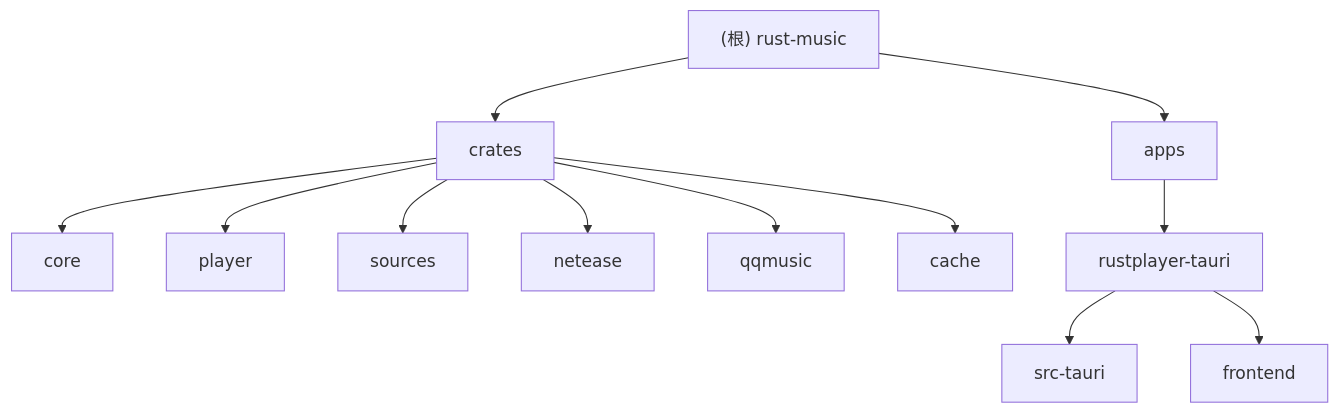
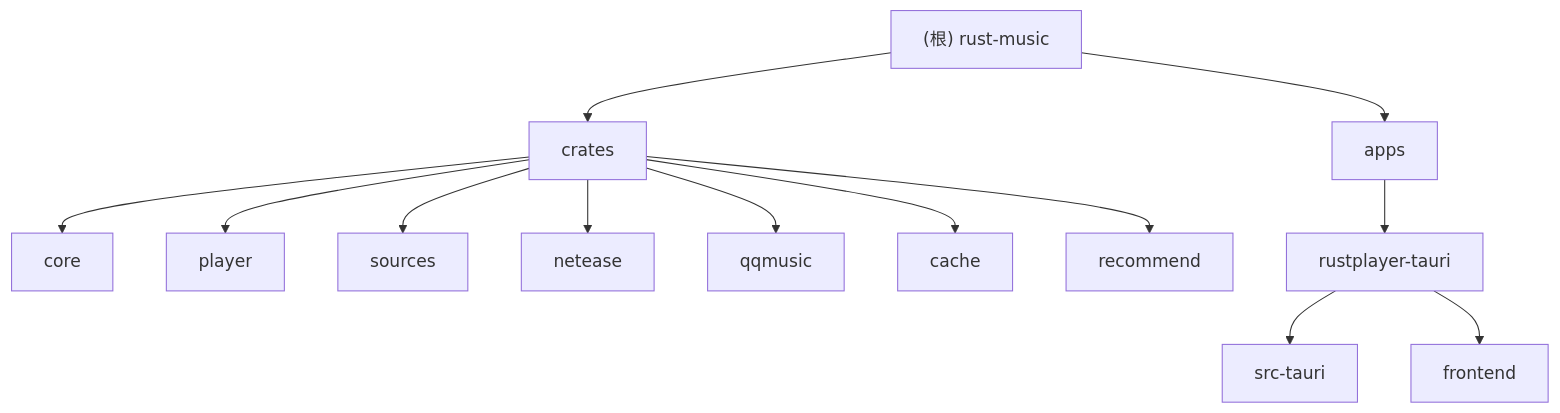
Before and after one commit to wnfxsa1213/shiyin-player: the diagram in CLAUDE.md, drawn with Mermaid. The commit also changed other lines of this file and 10 other files, not shown here.

````diff
--- a/CLAUDE.md
+++ b/CLAUDE.md
@@ -25,23 +27,25 @@
 ```mermaid
 graph TD
     A["(根) rust-music"] --> B["crates"];
     A --> C["apps"];
     B --> D["core"];
     B --> E["player"];
     B --> F["sources"];
     B --> G["netease"];
     B --> H["qqmusic"];
     B --> I["cache"];
+    B --> M["recommend"];
     C --> J["rustplayer-tauri"];
     J --> K["src-tauri"];
     J --> L["frontend"];
 
     click D "./crates/core/CLAUDE.md" "查看 core 模块文档"
     click E "./crates/player/CLAUDE.md" "查看 player 模块文档"
     click F "./crates/sources/CLAUDE.md" "查看 sources 模块文档"
     click G "./crates/netease/CLAUDE.md" "查看 netease 模块文档"
     click H "./crates/qqmusic/CLAUDE.md" "查看 qqmusic 模块文档"
     click I "./crates/cache/CLAUDE.md" "查看 cache 模块文档"
+    click M "./crates/recommend/CLAUDE.md" "查看 recommend 模块文档"
     click K "./apps/rustplayer-tauri/src-tauri/CLAUDE.md" "查看 src-tauri 模块文档"
     click L "./apps/rustplayer-tauri/frontend/CLAUDE.md" "查看 frontend 模块文档"
 ```
````
